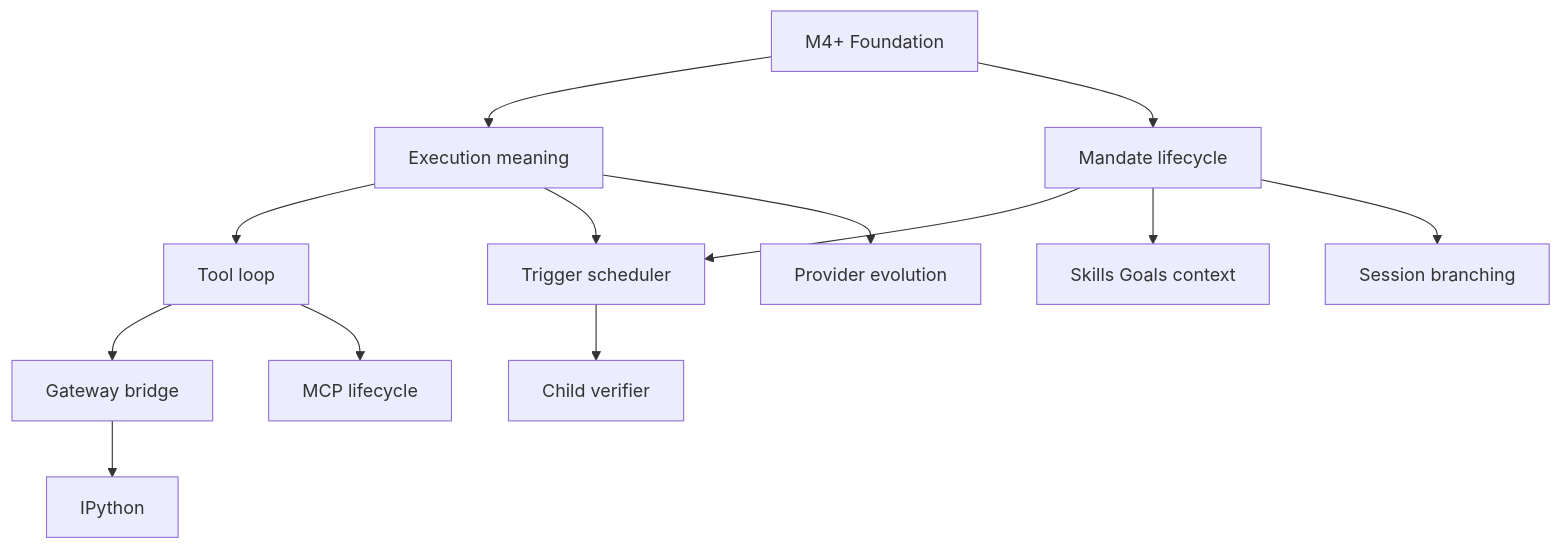
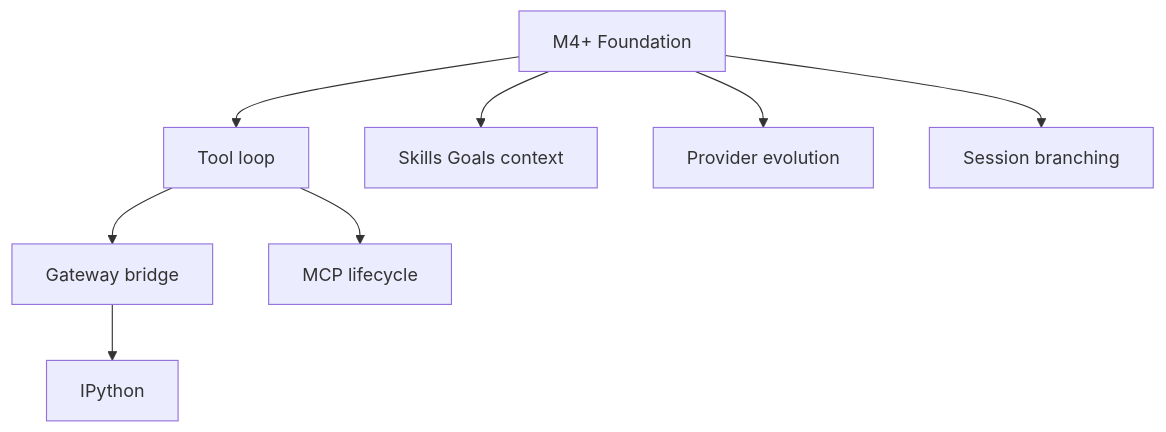
One commit to y0tsy/intention-relay changed the second of 2 diagrams in docs/intention-relay/architecture/11-implementation-roadmap.md. Above: the diagram before and after it, drawn with Mermaid. The commit also changed other lines of this file and 71 other files, not shown here.

````diff
--- a/docs/intention-relay/architecture/11-implementation-roadmap.md
+++ b/docs/intention-relay/architecture/11-implementation-roadmap.md
@@ -700,15 +631,10 @@
 ```mermaid
 flowchart TD
-  F[M4+ Foundation] --> E[Execution meaning]
-  F --> M[Mandate lifecycle]
-  E --> T[Tool loop]
-  M --> S[Trigger scheduler]
-  E --> S
+  F[M4+ Foundation] --> T[Tool loop]
+  F --> K[Skills Goals context]
+  F --> V[Provider evolution]
+  F --> B[Session branching]
   T --> G[Gateway bridge]
-  S --> C[Child verifier]
   T --> P[MCP lifecycle]
-  M --> K[Skills Goals context]
-  E --> V[Provider evolution]
-  M --> B[Session branching]
   G --> I[IPython]
 ```
````
